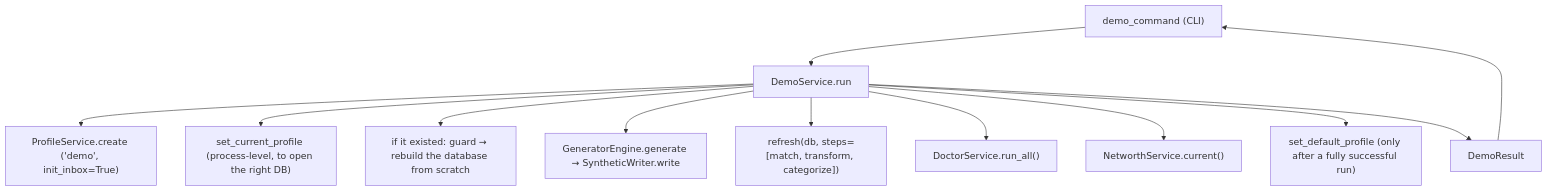
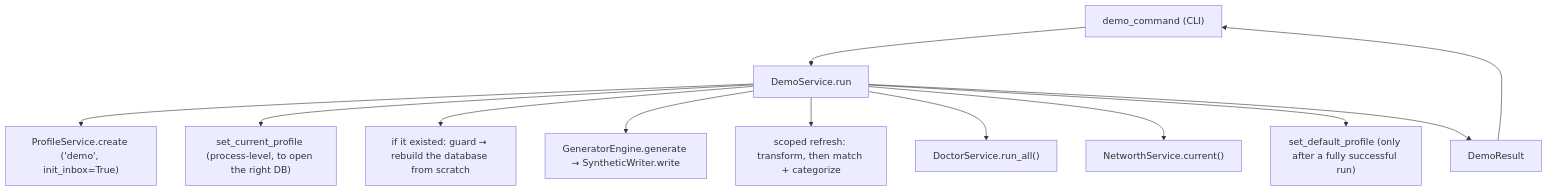
Before and after one commit to bsaffel/moneybin: the diagram in docs/specs/demo-preset.md, drawn with Mermaid. The commit also changed other lines of this file and 88 other files, not shown here.

````diff
--- a/docs/specs/demo-preset.md
+++ b/docs/specs/demo-preset.md
@@ -152,14 +153,14 @@
 ```mermaid
 flowchart TD
     CLI["demo_command (CLI)"] --> SVC["DemoService.run"]
     SVC --> P["ProfileService.create ('demo', init_inbox=True)"]
     SVC --> C["set_current_profile (process-level, to open the right DB)"]
     SVC --> R["if it existed: guard → rebuild the database from scratch"]
     SVC --> G["GeneratorEngine.generate → SyntheticWriter.write"]
-    SVC --> F["refresh(db, steps=[match, transform, categorize])"]
+    SVC --> F["scoped refresh: transform, then match + categorize"]
     SVC --> D["DoctorService.run_all()"]
     SVC --> N["NetworthService.current()"]
     SVC --> A["set_default_profile (only after a fully successful run)"]
     SVC --> RES["DemoResult"]
     RES --> CLI
 ```
````
